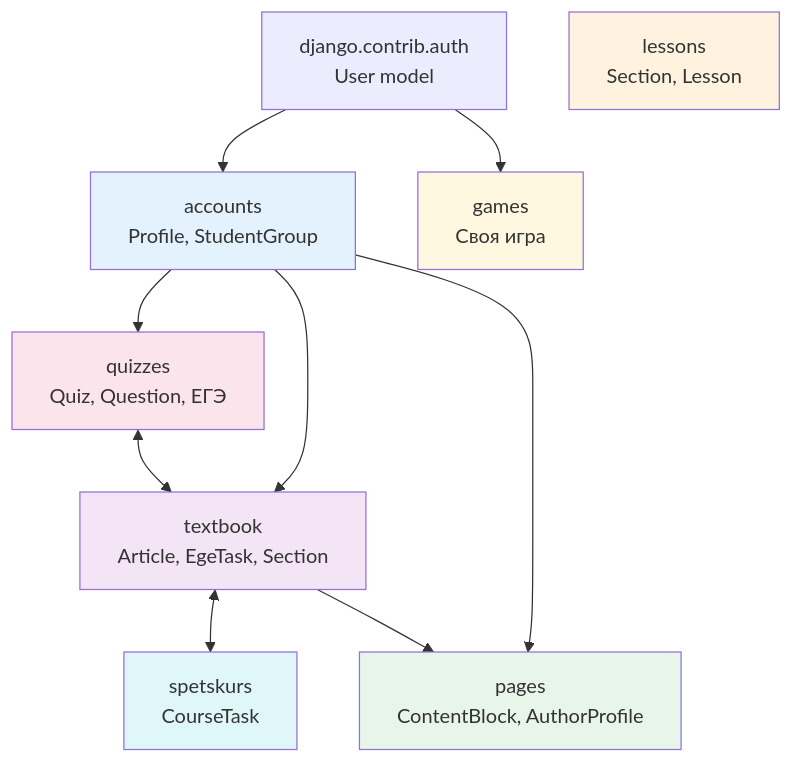
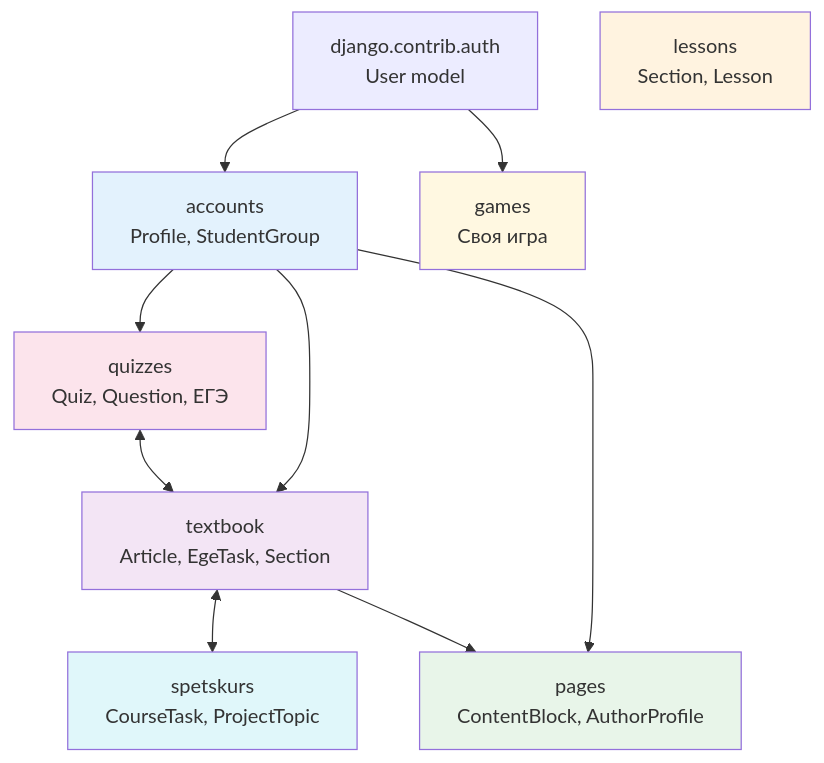
One commit to Kirill2517nv/SiteAboutMe changed the first of 2 diagrams in docs/architecture/apps.md. Above: the diagram before and after it, drawn with Mermaid. The commit also changed other lines of this file and 48 other files, not shown here.

````diff
--- a/docs/architecture/apps.md
+++ b/docs/architecture/apps.md
@@ -19,28 +19,28 @@
 ```mermaid
 graph TD
     AUTH[django.contrib.auth\nUser model]
     ACC[accounts\nProfile, StudentGroup]
     QUI[quizzes\nQuiz, Question, ЕГЭ]
     TXT[textbook\nArticle, EgeTask, Section]
-    SPK[spetskurs\nCourseTask]
+    SPK[spetskurs\nCourseTask, ProjectTopic]
     PAG[pages\nContentBlock, AuthorProfile]
     LES[lessons\nSection, Lesson]
     GAM[games\nСвоя игра]
 
     AUTH --> ACC
     ACC --> QUI
     ACC --> TXT
     ACC --> PAG
     QUI <--> TXT
     TXT <--> SPK
     TXT --> PAG
     AUTH --> GAM
 
     style PAG fill:#e8f5e9
     style ACC fill:#e3f2fd
     style LES fill:#fff3e0
     style QUI fill:#fce4ec
     style TXT fill:#f3e5f5
     style SPK fill:#e0f7fa
     style GAM fill:#fff8e1
 ```
````
